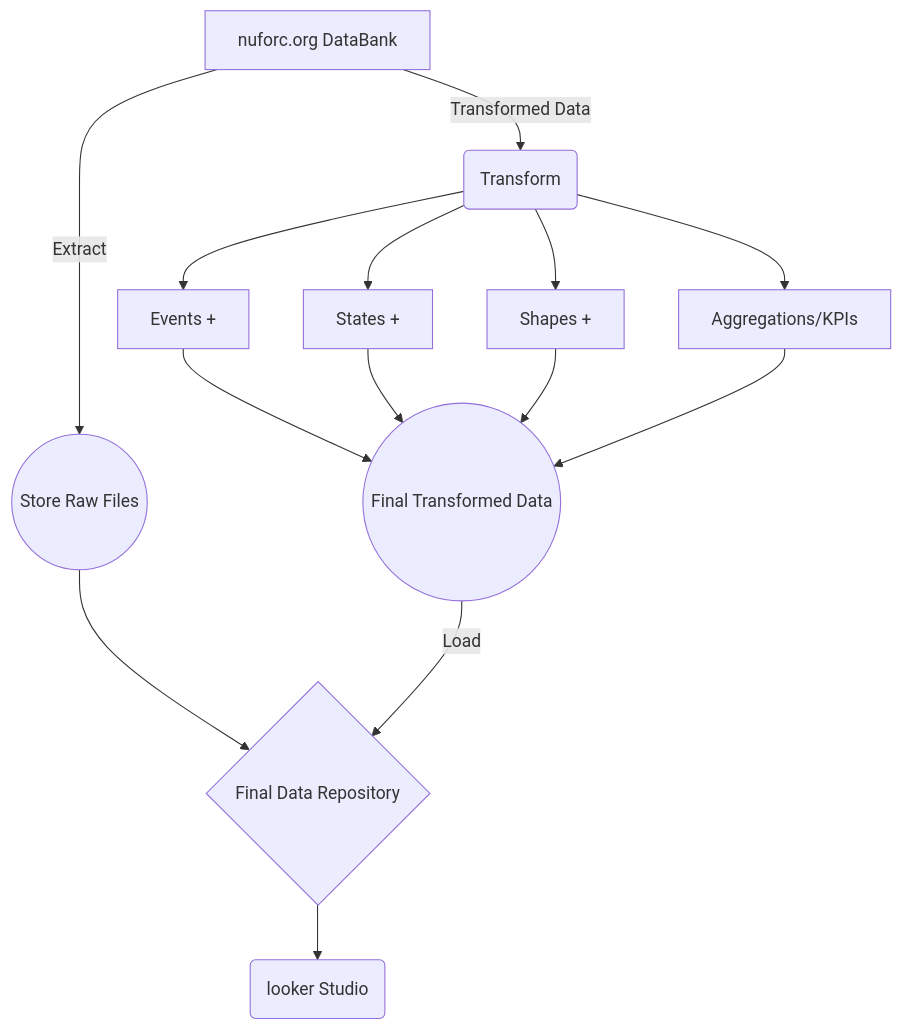
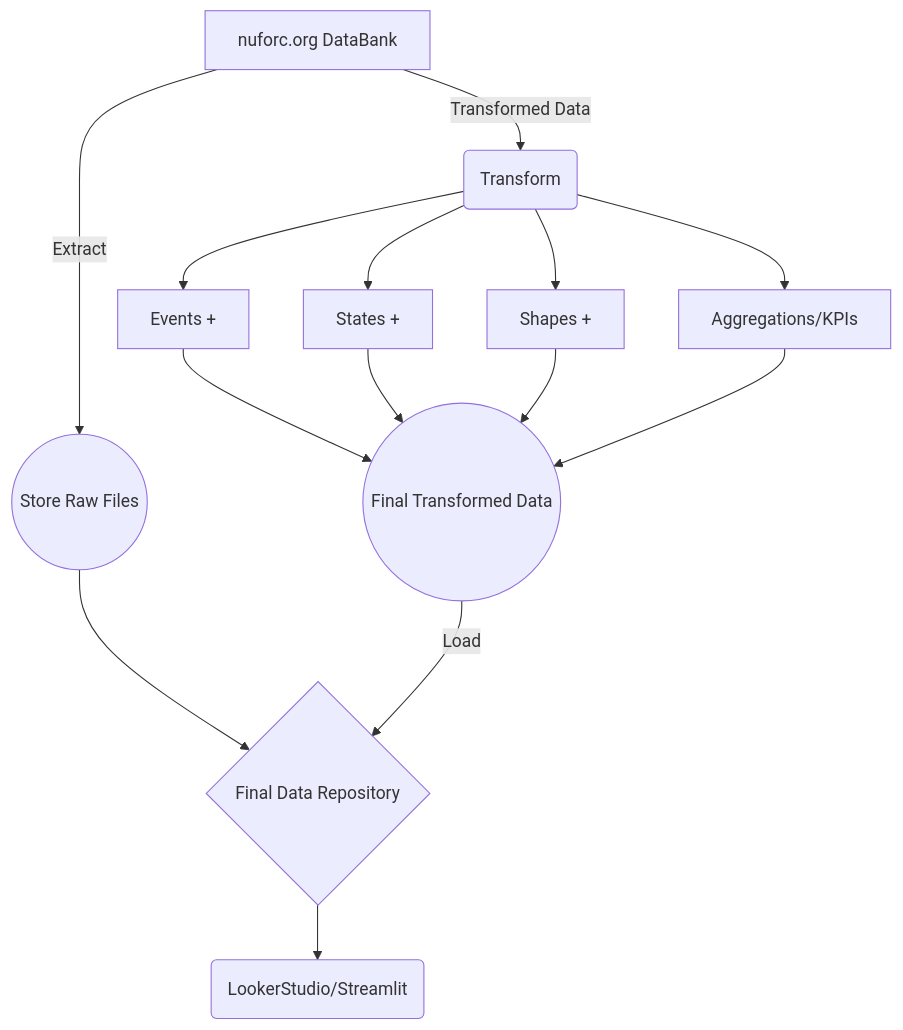
The diagram in README.md (srisreedhar/UFO_Sightings), drawn with Mermaid before and after one commit.

````diff
--- a/README.md
+++ b/README.md
@@ -32,17 +32,17 @@
 ```mermaid
 graph TD
 A[nuforc.org DataBank ] -- Extract  --> B((Store Raw Files))
 A -- Transformed Data--> C(Transform)
 B --> J{Final Data Repository}
 C --> D[Events +]
 C --> E[States +]
 C --> F[Shapes +] 
 C --> H[Aggregations/KPIs]
 D  --> I((Final Transformed Data))
 E --> I
 F --> I
 H --> I
 I -- Load--> J
-J --> K(looker Studio)
+J --> K(LookerStudio/Streamlit)
 
 ```
````
